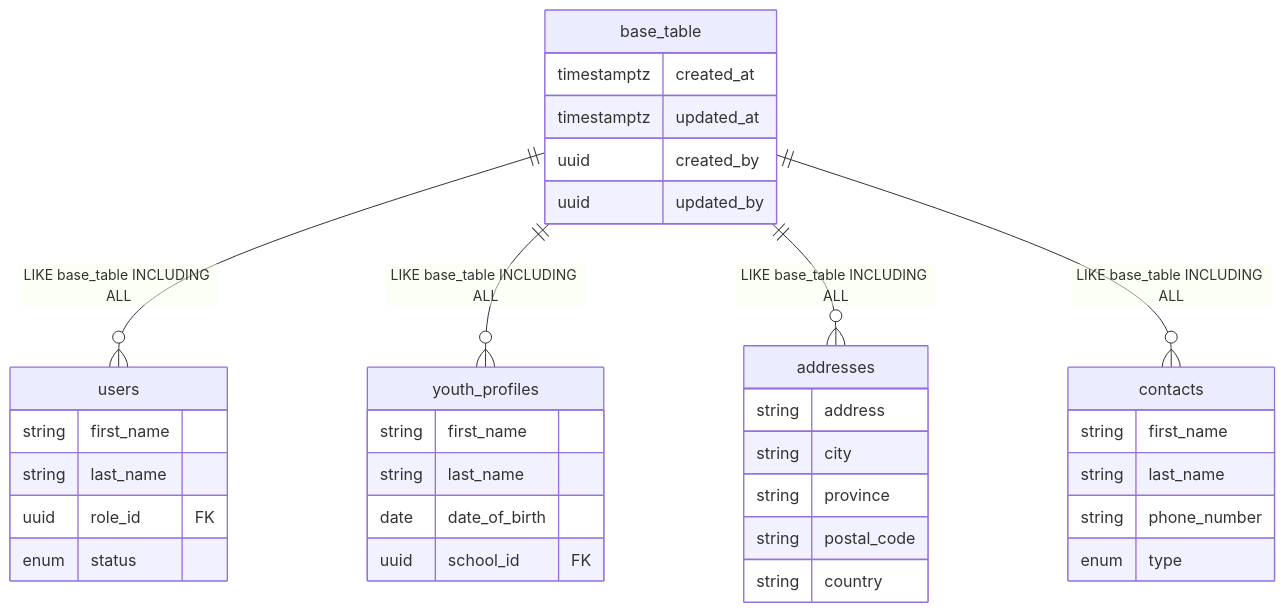
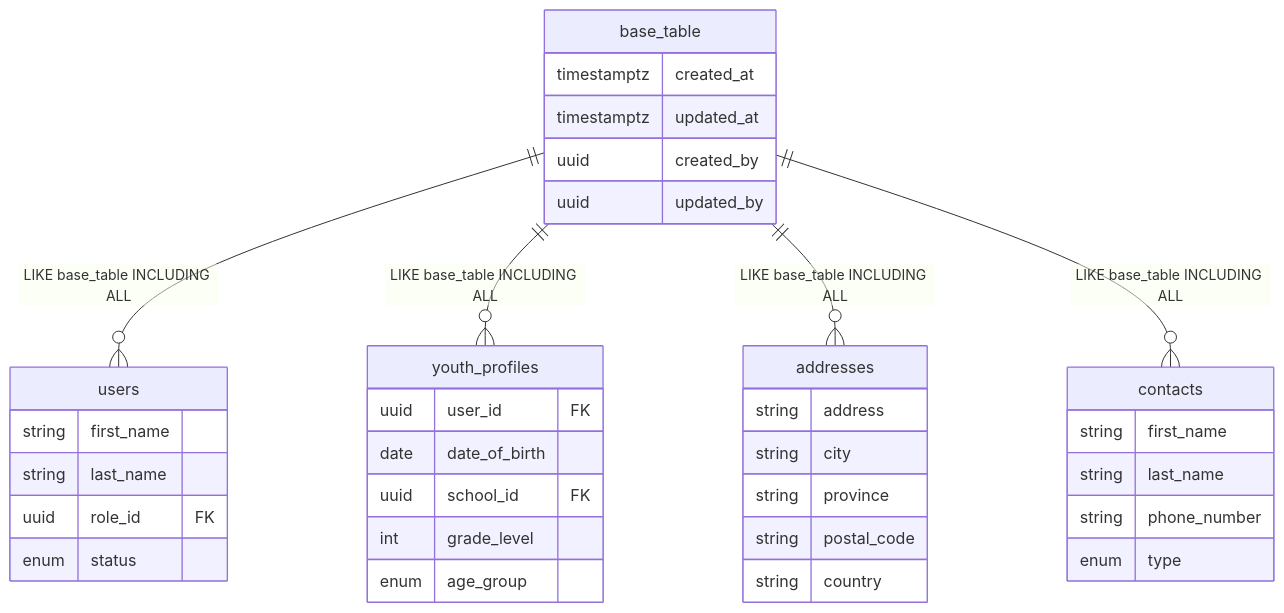
The second of 2 diagrams in backend/docs/db.md (shin0bi21/program-management-app), drawn with Mermaid before and after one commit. The commit also changed other lines of this file and 7 other files, not shown here.

````diff
--- a/backend/docs/db.md
+++ b/backend/docs/db.md
@@ -246,38 +246,39 @@
 ```mermaid
 erDiagram
     base_table {
         timestamptz created_at
         timestamptz updated_at
         uuid created_by
         uuid updated_by
     }
     users {
         string first_name
         string last_name
         uuid role_id FK
         enum status
     }
     youth_profiles {
-        string first_name
-        string last_name
+        uuid user_id FK
         date date_of_birth
         uuid school_id FK
+        int grade_level
+        enum age_group
     }
     addresses {
         string address
         string city
         string province
         string postal_code
         string country
     }
     contacts {
         string first_name
         string last_name
         string phone_number
         enum type
     }
     base_table ||--o{ users : "LIKE base_table INCLUDING ALL"
     base_table ||--o{ youth_profiles : "LIKE base_table INCLUDING ALL"
     base_table ||--o{ addresses : "LIKE base_table INCLUDING ALL"
     base_table ||--o{ contacts : "LIKE base_table INCLUDING ALL"
 ```
````
